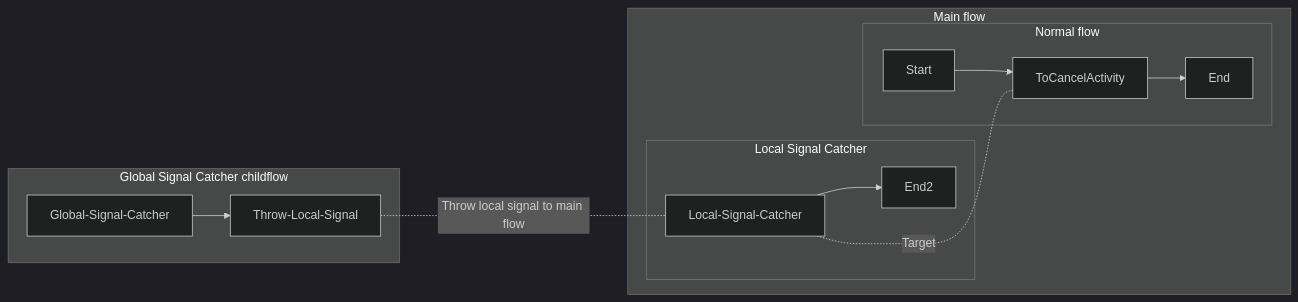
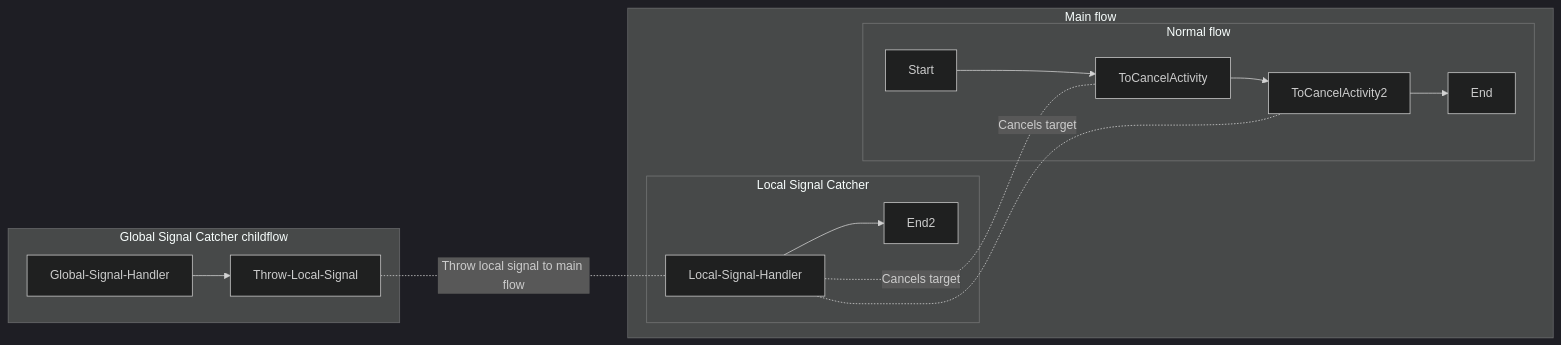
Before and after one commit to OlofMorraNavara/TemporalQuestions: the diagram in local-signal-cancelation-solution/README.md, drawn with Mermaid (dark theme). The commit also changed other lines of this file and 5 other files, not shown here.

````diff
--- a/local-signal-cancelation-solution/README.md
+++ b/local-signal-cancelation-solution/README.md
@@ -26,24 +25,27 @@
 ```mermaid
 graph LR;
   Start --> B[ToCancelActivity];
-  B --> End;
-  
-  LSC[Local-Signal-Catcher] -..-|Target| B;
-    TLS -..-|Throw local signal to main flow| LSC[Local-Signal-Catcher];
-  LSC[Local-Signal-Catcher] --> End2
+  B[ToCancelActivity] --> C[ToCancelActivity2];
+  C --> End;
+
+  LSH[Local-Signal-Handler] -..-|Cancels target| C;
+  LSH -..-|Cancels target| B;
+  TLS -..-|Throw local signal to main flow| LSH;
+  LSH --> End2
 
 subgraph Main flow
     subgraph Normal flow
         Start
         B
+        C
         End
     end
     subgraph Local Signal Catcher
-        LSC
+        LSH
         End2
     end
 end
     subgraph Global Signal Catcher childflow
-        GSC[Global-Signal-Catcher] --> TLS[Throw-Local-Signal]
+        GSH[Global-Signal-Handler] --> TLS[Throw-Local-Signal]
     end
 ```
````
